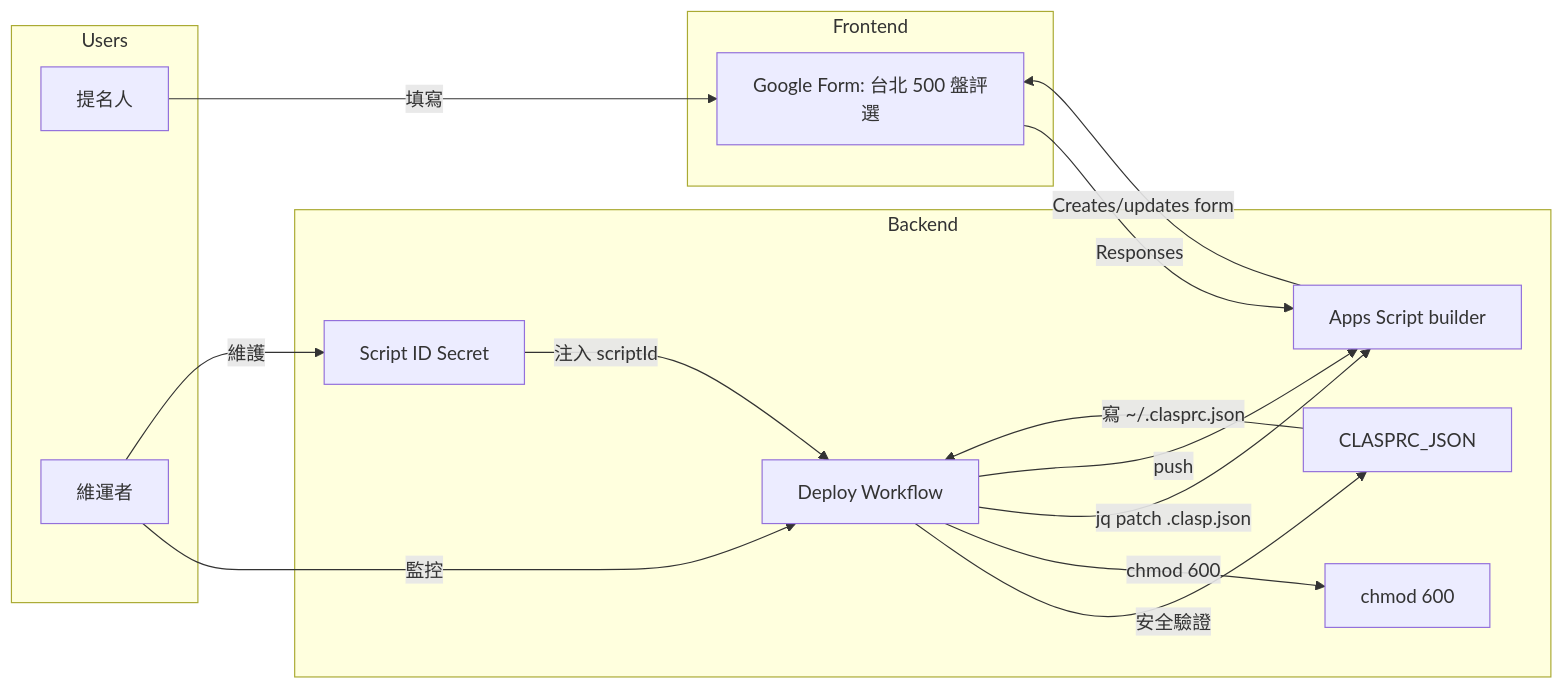
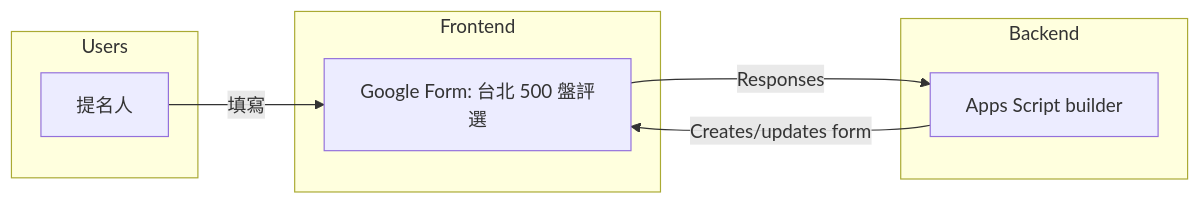
Before and after one commit to muyueh/clasp-from-fresh: the fifth of 5 diagrams in README.md, drawn with Mermaid. The commit also changed other lines of this file and 2 other files, not shown here.

Commit message:
Revert "Harden clasp deploy workflow"

````diff
--- a/README.md
+++ b/README.md
@@ -79,24 +47,14 @@
 ```mermaid
 flowchart LR
     subgraph Users
         A[提名人]
-        Maint[維運者]
     end
     subgraph Frontend
         Form[Google Form: 台北 500 盤評選]
     end
     subgraph Backend
-        CI[Deploy Workflow]
-        Secret[CLASPRC_JSON]
-        ScriptSecret[Script ID Secret]
         Script[Apps Script builder]
-        Perms[chmod 600]
     end
     A -->|填寫| Form -->|Responses| Script
     Script -->|Creates/updates form| Form
-    Maint -->|監控| CI -->|安全驗證| Secret
-    Maint -->|維護| ScriptSecret
-    Secret -->|寫 ~/.clasprc.json| CI -->|chmod 600| Perms
-    ScriptSecret -->|注入 scriptId| CI -->|jq patch .clasp.json| Script
-    CI -->|push| Script
 ```
````
